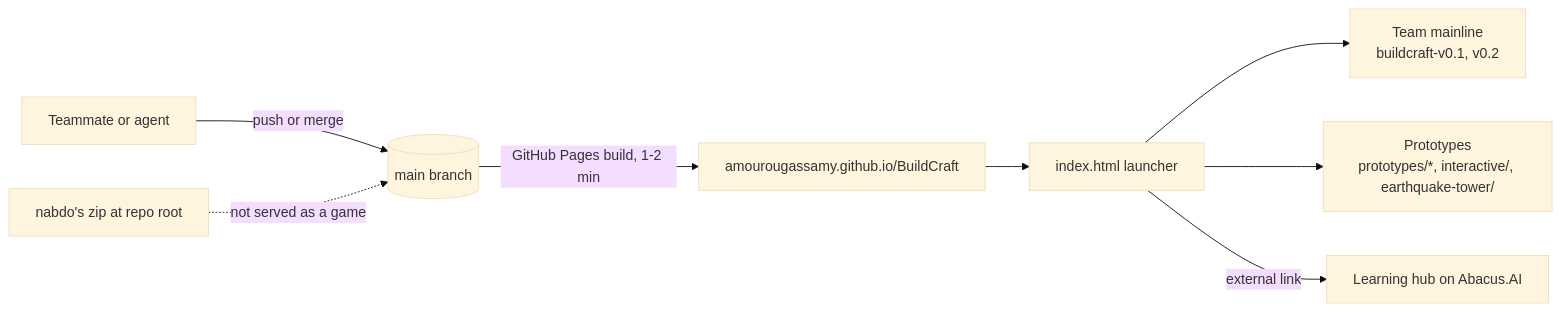
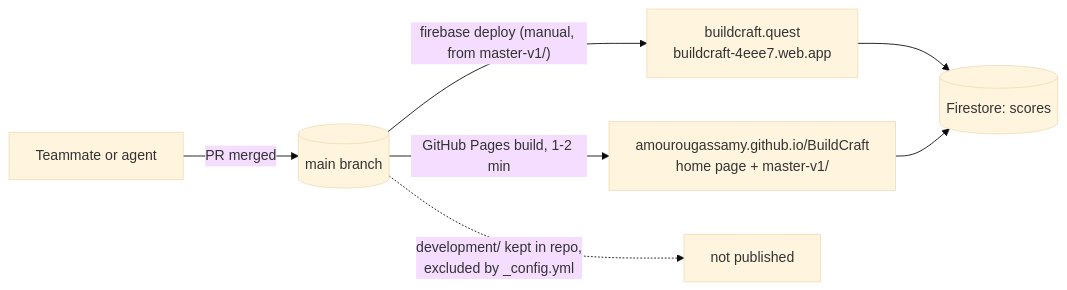
Before and after one commit to amourougassamy/BuildCraft: the first of 3 diagrams in docs/REPO_GUIDE.md, drawn with Mermaid (base theme). The commit also changed other lines of this file and 15 other files, not shown here.

First line of the commit message:
Docs: buildcraft.quest, local run guide, leaderboard setup, new layout

````diff
--- a/docs/REPO_GUIDE.md
+++ b/docs/REPO_GUIDE.md
@@ -7,10 +7,9 @@
 ```mermaid
 flowchart LR
-  dev[Teammate or agent] -- push or merge --> main[(main branch)]
-  main -- GitHub Pages build, 1-2 min --> site[amourougassamy.github.io/BuildCraft]
-  site --> launcher[index.html launcher]
-  launcher --> mainline[Team mainline<br/>buildcraft-v0.1, v0.2]
-  launcher --> protos[Prototypes<br/>prototypes/*, interactive/, earthquake-tower/]
-  launcher -- external link --> abacus[Learning hub on Abacus.AI]
-  zip[nabdo's zip at repo root] -. not served as a game .-> main
+  dev[Teammate or agent] -- PR merged --> main[(main branch)]
+  main -- GitHub Pages build, 1-2 min --> pages[amourougassamy.github.io/BuildCraft<br/>home page + master-v1/]
+  main -- "firebase deploy (manual, from master-v1/)" --> fb[buildcraft.quest<br/>buildcraft-4eee7.web.app]
+  fb --> fs[(Firestore: scores)]
+  pages --> fs
+  main -. "development/ kept in repo,<br/>excluded by _config.yml" .-> dev2[not published]
 ```
````
